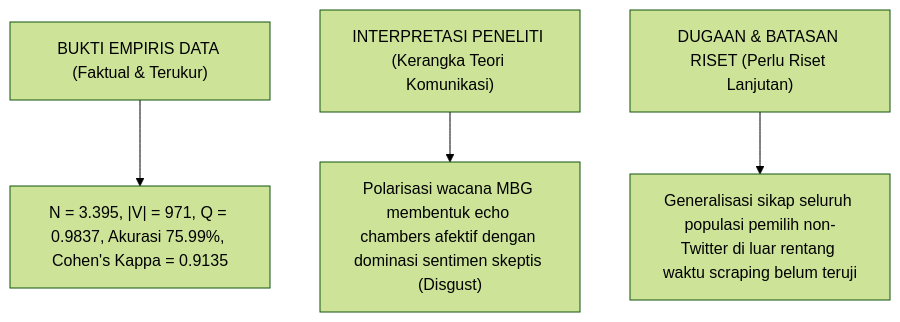
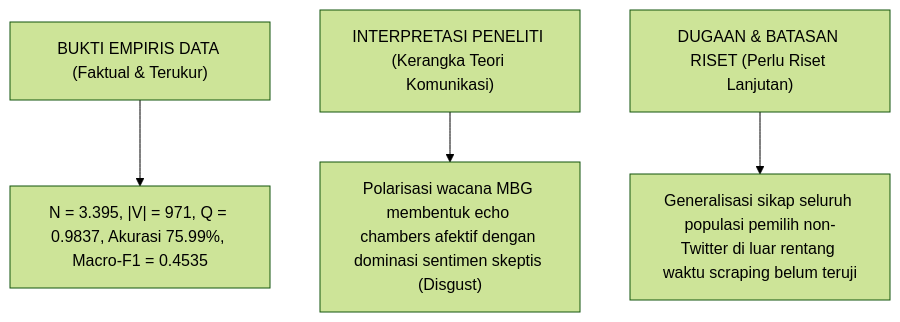
The diagram in reports/MASTER_DEFENSE_RECONCILIATION_8_STAGES.md (indri007/ThisIsEconomy), drawn with Mermaid (forest theme) before and after one commit. The commit also changed other lines of this file and 31 other files, not shown here.

````diff
--- a/reports/MASTER_DEFENSE_RECONCILIATION_8_STAGES.md
+++ b/reports/MASTER_DEFENSE_RECONCILIATION_8_STAGES.md
@@ -170,6 +156,6 @@
 ```mermaid
 flowchart TD
-    A["BUKTI EMPIRIS DATA (Faktual & Terukur)"] --> B["N = 3.395, |V| = 971, Q = 0.9837, Akurasi 75.99%, Cohen's Kappa = 0.9135"]
+    A["BUKTI EMPIRIS DATA (Faktual & Terukur)"] --> B["N = 3.395, |V| = 971, Q = 0.9837, Akurasi 75.99%, Macro-F1 = 0.4535"]
     C["INTERPRETASI PENELITI (Kerangka Teori Komunikasi)"] --> D["Polarisasi wacana MBG membentuk echo chambers afektif dengan dominasi sentimen skeptis (Disgust)"]
     E["DUGAAN & BATASAN RISET (Perlu Riset Lanjutan)"] --> F["Generalisasi sikap seluruh populasi pemilih non-Twitter di luar rentang waktu scraping belum teruji"]
 ```
````
